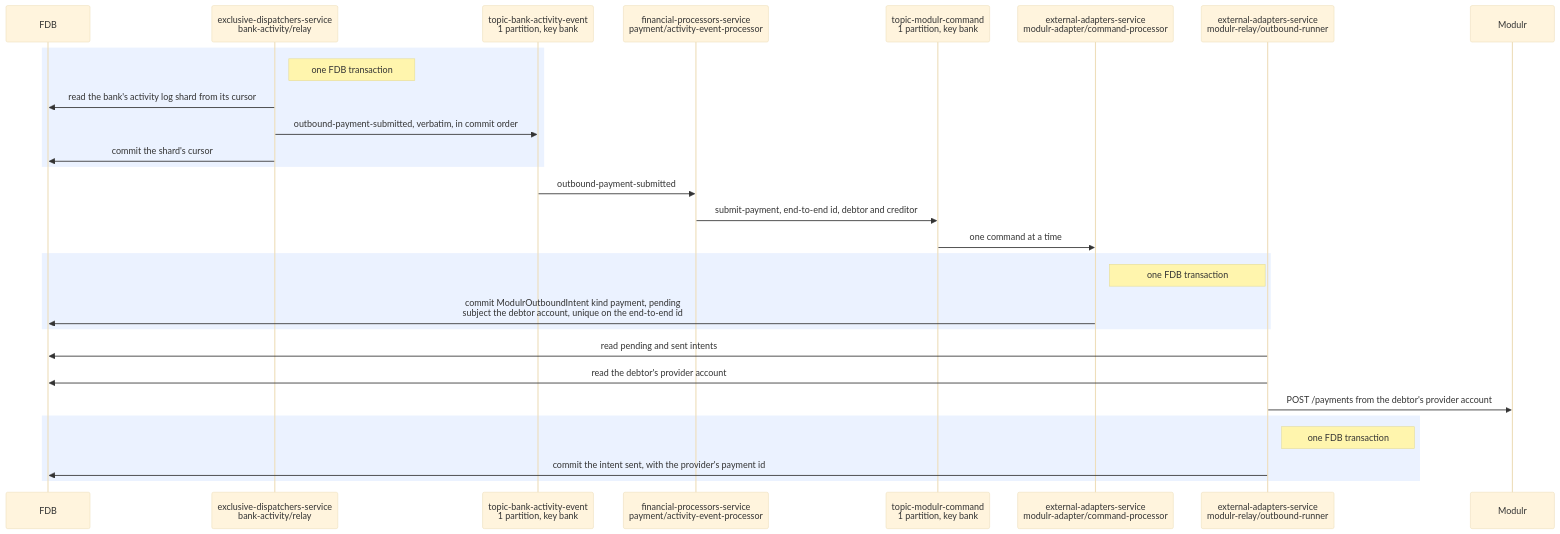
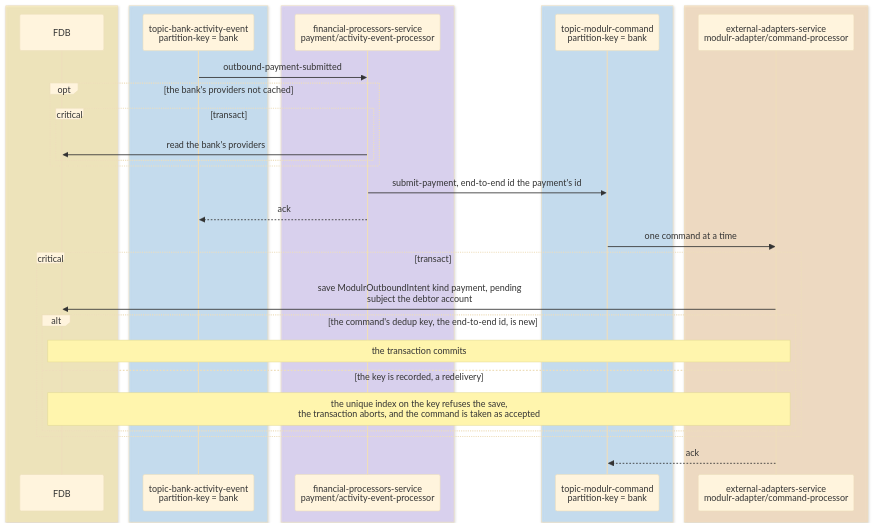
The sixth of 15 diagrams in docs/tdd/payments-outbound.md (repldriven/queenswood), drawn with Mermaid (base theme) before and after one commit. The commit also changed other lines of this file and 2 other files, not shown here.

Commit message:
Draw outbound and inbound payments to the internal diagrams' conventions

````diff
--- a/docs/tdd/payments-outbound.md
+++ b/docs/tdd/payments-outbound.md
@@ -118,31 +285,36 @@
 ```mermaid
 sequenceDiagram
+    box rgba(255, 236, 153, 0.5)
     participant DB as FDB
-    participant AR as exclusive-dispatchers-service<br/>bank-activity/relay
-    participant AE as topic-bank-activity-event<br/>1 partition, key bank
+    end
+    box rgba(165, 216, 255, 0.45)
+    participant AE as topic-bank-activity-event<br/>partition-key = bank
+    end
+    box rgba(208, 191, 255, 0.45)
     participant AP as financial-processors-service<br/>payment/activity-event-processor
-    participant MC as topic-modulr-command<br/>1 partition, key bank
+    end
+    box rgba(165, 216, 255, 0.45)
+    participant MC as topic-modulr-command<br/>partition-key = bank
+    end
+    box rgba(255, 216, 168, 0.5)
     participant AD as external-adapters-service<br/>modulr-adapter/command-processor
-    participant IP as external-adapters-service<br/>modulr-relay/outbound-runner
-    participant PR as Modulr
-    rect rgb(235, 242, 255)
-    Note right of AR: one FDB transaction
-    AR->>DB: read the bank's activity log shard from its cursor
-    AR->>AE: outbound-payment-submitted, verbatim, in commit order
-    AR->>DB: commit the shard's cursor
     end
     AE->>AP: outbound-payment-submitted
-    AP->>MC: submit-payment, end-to-end id, debtor and creditor
+    opt the bank's providers not cached
+    critical transact
+    AP->>DB: read the bank's providers
+    end
+    end
+    AP->>MC: submit-payment, end-to-end id the payment's id
+    AP-->>AE: ack
     MC->>AD: one command at a time
-    rect rgb(235, 242, 255)
-    Note right of AD: one FDB transaction
-    AD->>DB: commit ModulrOutboundIntent kind payment, pending<br/>subject the debtor account, unique on the end-to-end id
+    critical transact
+    AD->>DB: save ModulrOutboundIntent kind payment, pending<br/>subject the debtor account
+    alt the command's dedup key, the end-to-end id, is new
+    Note over AD,DB: the transaction commits
+    else the key is recorded, a redelivery
+    Note over AD,DB: the unique index on the key refuses the save,<br/>the transaction aborts, and the command is taken as accepted
     end
-    IP->>DB: read pending and sent intents
-    IP->>DB: read the debtor's provider account
-    IP->>PR: POST /payments from the debtor's provider account
-    rect rgb(235, 242, 255)
-    Note right of IP: one FDB transaction
-    IP->>DB: commit the intent sent, with the provider's payment id
     end
+    AD-->>MC: ack
 ```
````
